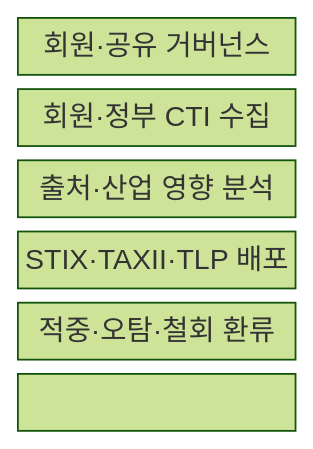
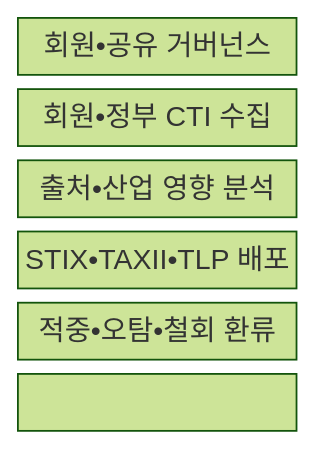
One commit to agnusdei1207/knowledge-base changed the first of 2 diagrams in src/content/docs/notes/05-security/143_isac.md. Above: the diagram before and after it, drawn with Mermaid (forest theme). The commit also changed other lines of this file and 953 other files, not shown here.

````diff
--- a/src/content/docs/notes/05-security/143_isac.md
+++ b/src/content/docs/notes/05-security/143_isac.md
@@ -66,11 +66,11 @@
 ```mermaid
 block-beta
   columns 1
-  G["회원·공유 거버넌스"]
-  C["회원·정부 CTI 수집"]
-  A["출처·산업 영향 분석"]
-  D["STIX·TAXII·TLP 배포"]
-  F["적중·오탐·철회 환류"]
+  G["회원•공유 거버넌스"]
+  C["회원•정부 CTI 수집"]
+  A["출처•산업 영향 분석"]
+  D["STIX•TAXII•TLP 배포"]
+  F["적중•오탐•철회 환류"]
   G --- C --- A
   A --- D --- F
 ```
````
